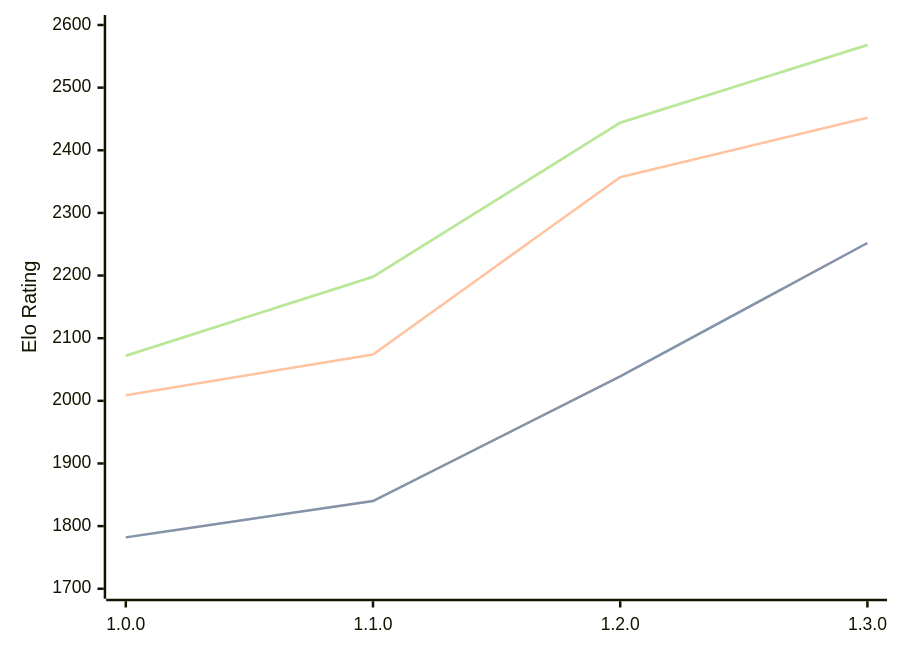
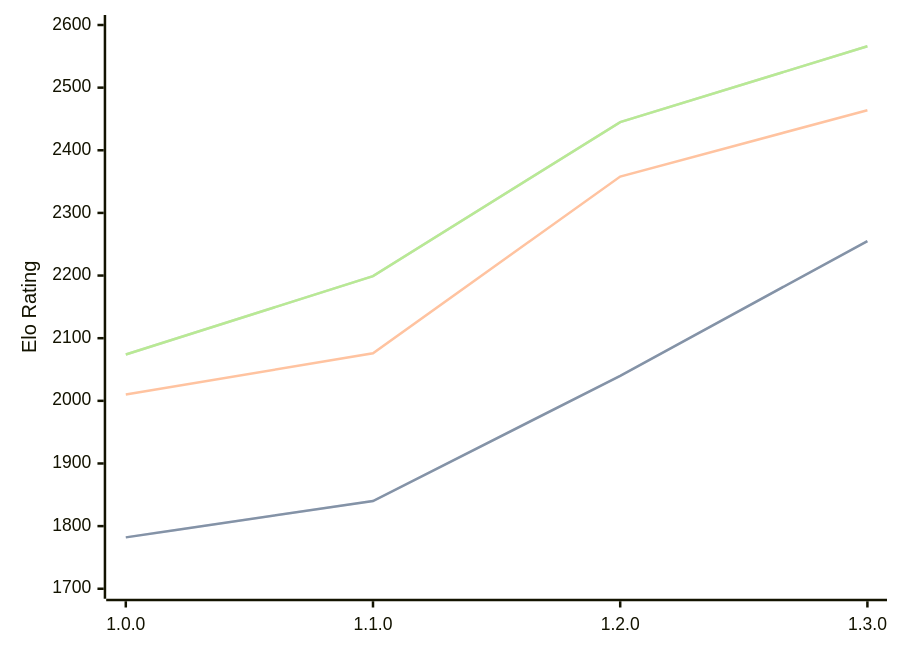
Before and after one commit to computer-chess-index/cci: the diagram in engines/Anodos.md, drawn with Mermaid. The commit also changed other lines of this file, not shown here.

Commit message:
Update CCI Ratings (ELO VLTC) - 2026-02-21

````diff
--- a/engines/Anodos.md
+++ b/engines/Anodos.md
@@ -42,11 +42,11 @@
 ```mermaid
 %%{init: {"theme":"base","themeVariables":{"seriesColors:['#a3a3a3','#222221','#faa371']}}}%%
 xychart-beta
   x-axis ["1.0.0", "1.1.0", "1.2.0", "1.3.0"]
   y-axis "Elo Rating" 1700 --> 2600
-  line "STC (8.0+0.08s)" [1782, 1840, 2039, 2252]
-  line "STC (8.0+0.08s)" [1782, 1840, 2039, 2252]
-  line "LTC (60.0+0.60s)" [2009, 2074, 2357, 2452]
-  line "VLTC (2m24s+1.12s)" [2072, 2198, 2444, 2568]
-  line "VLTC (2m24s+1.12s)" [2072, 2198, 2444, 2568]
+  line "STC (8.0+0.08s)" [1782, 1840, 2040, 2255]
+  line "STC (8.0+0.08s)" [1782, 1840, 2040, 2255]
+  line "LTC (60.0+0.60s)" [2010, 2076, 2358, 2464]
+  line "VLTC (2m24s+1.12s)" [2074, 2199, 2445, 2566]
+  line "VLTC (2m24s+1.12s)" [2074, 2199, 2445, 2566]
 ```
````
